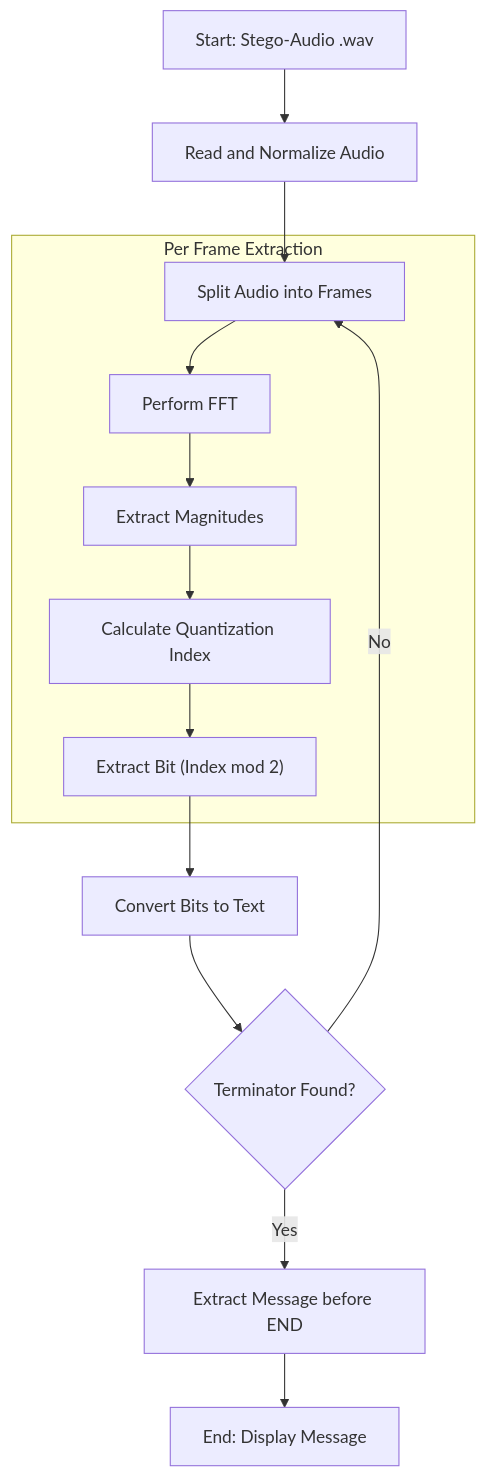
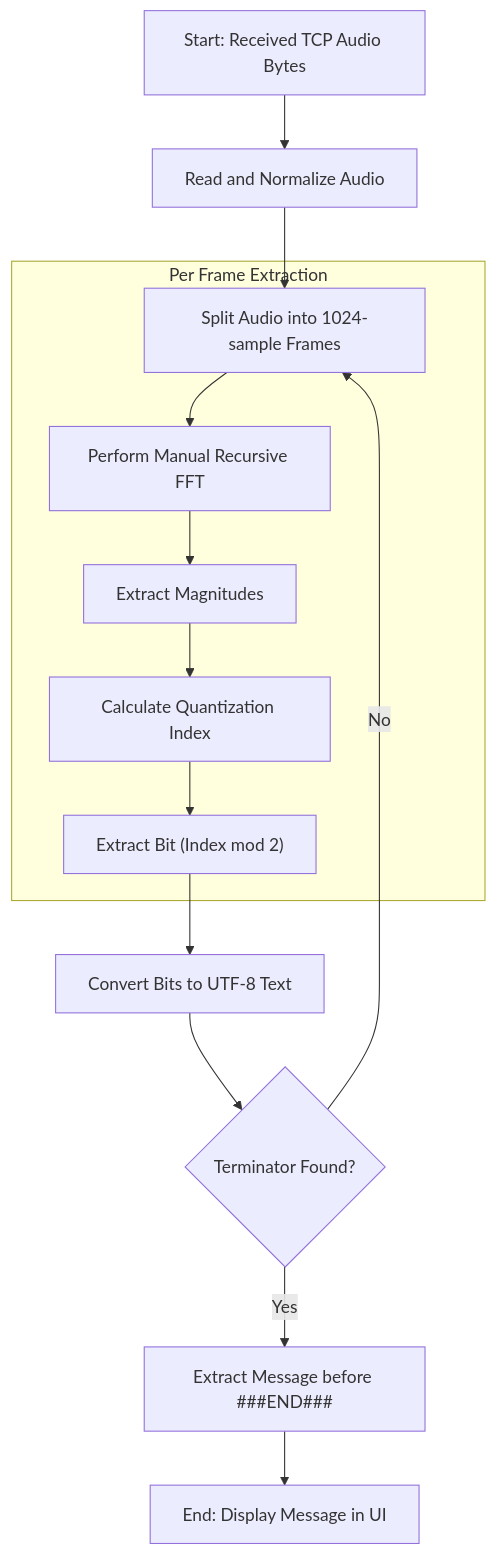
Before and after one commit to shrawan077/Audio-Steganography-project: the second of 2 diagrams in walkthrough.md, drawn with Mermaid. The commit also changed other lines of this file and 3 other files, not shown here.

````diff
--- a/walkthrough.md
+++ b/walkthrough.md
@@ -52,18 +52,18 @@
 ```mermaid
 graph TD
-    A["Start: Stego-Audio .wav"] --> B["Read and Normalize Audio"]
-    B --> C["Split Audio into Frames"]
+    A["Start: Received TCP Audio Bytes"] --> B["Read and Normalize Audio"]
+    B --> C["Split Audio into 1024-sample Frames"]
     
     subgraph "Per Frame Extraction"
-    C --> D["Perform FFT"]
+    C --> D["Perform Manual Recursive FFT"]
     D --> E["Extract Magnitudes"]
     E --> F["Calculate Quantization Index"]
     F --> G["Extract Bit (Index mod 2)"]
     end
     
-    G --> H["Convert Bits to Text"]
+    G --> H["Convert Bits to UTF-8 Text"]
     H --> I{"Terminator Found?"}
     I -- No --> C
-    I -- Yes --> J["Extract Message before END"]
-    J --> K["End: Display Message"]
+    I -- Yes --> J["Extract Message before ###END###"]
+    J --> K["End: Display Message in UI"]
 ```
````
